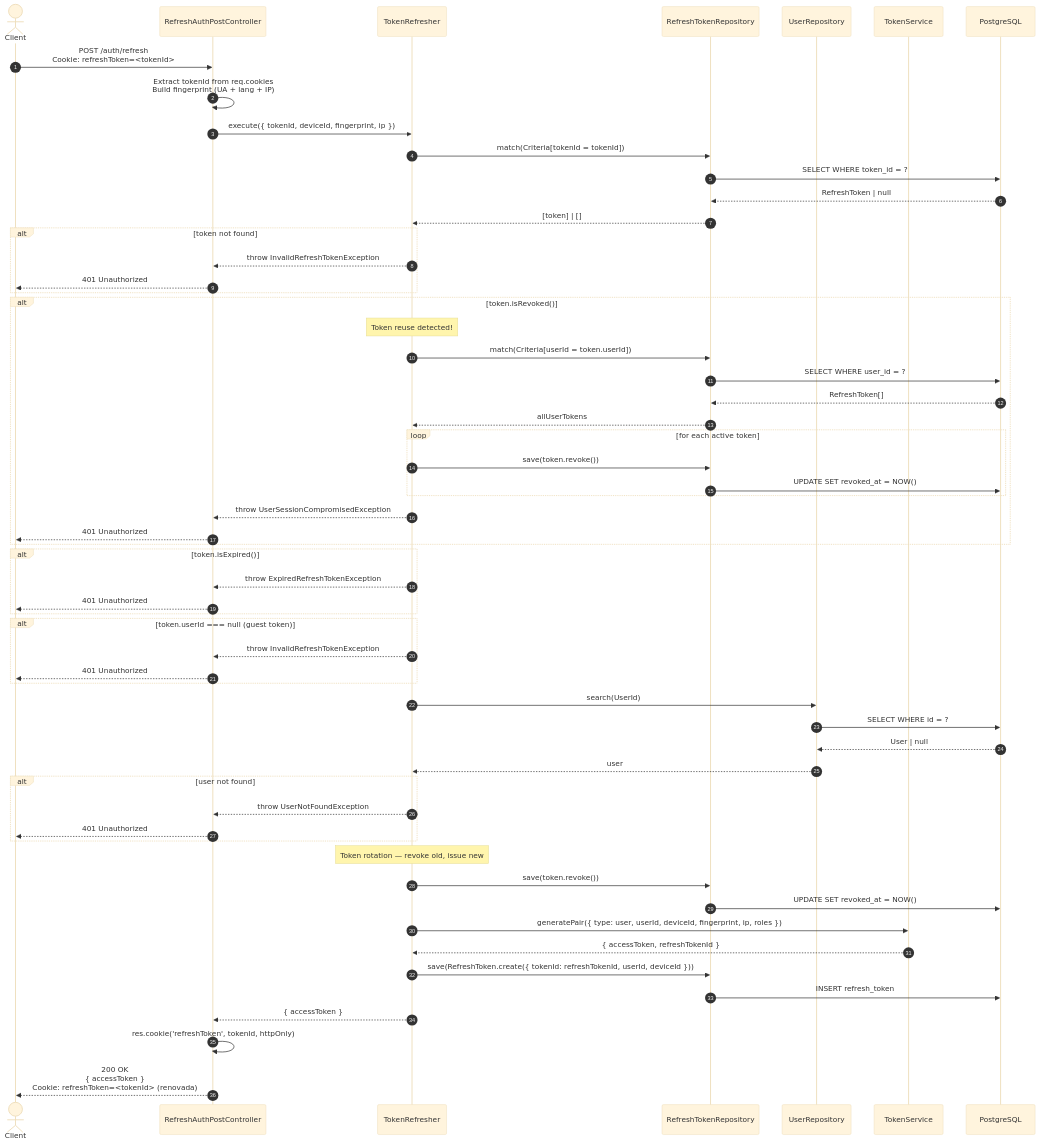
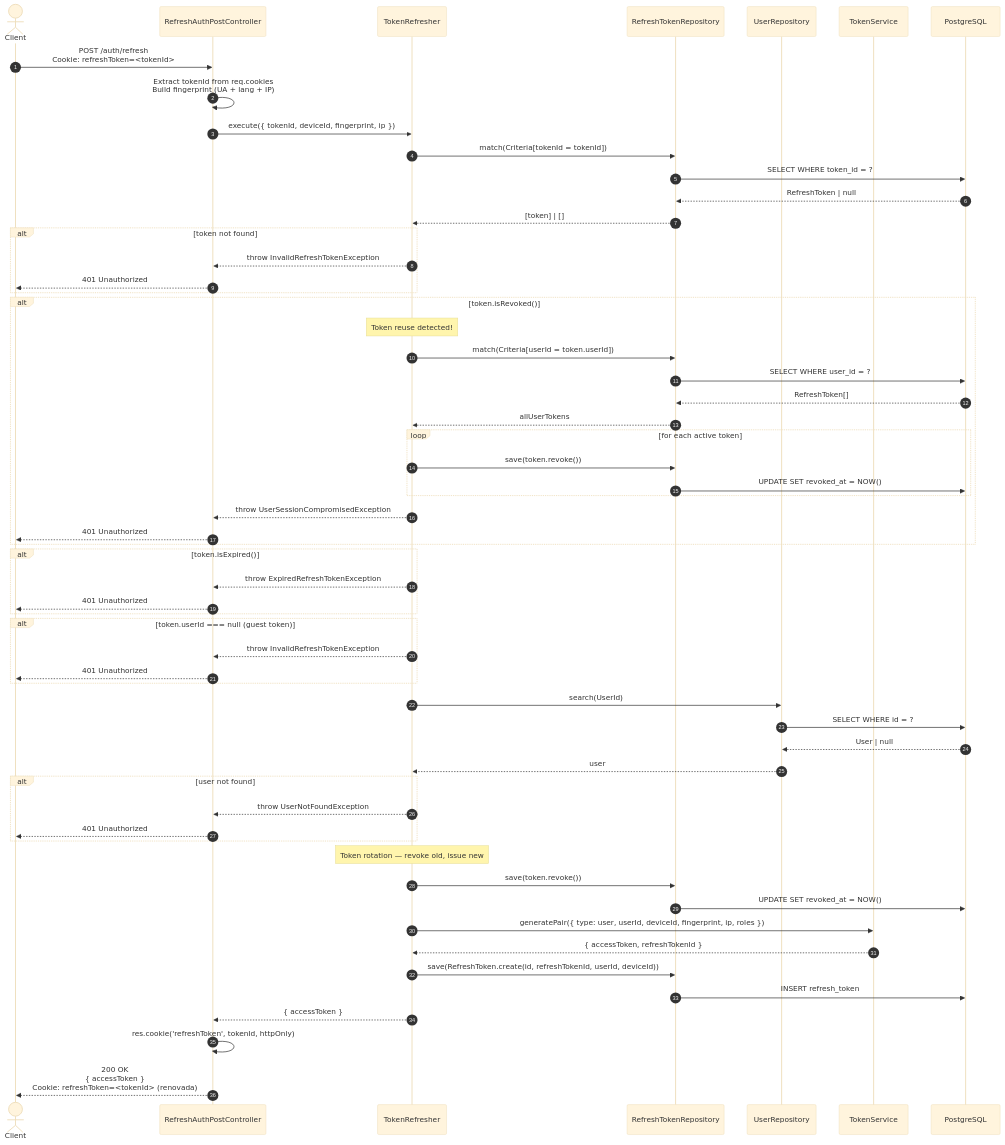
The diagram in docs/apps/api/identity/refresh/sequence.md (AbrahamVilchesDeLaCruz/ididntcatchthat), drawn with Mermaid (base theme) before and after one commit. The commit also changed 9 other files, not shown here.

````diff
--- a/docs/apps/api/identity/refresh/sequence.md
+++ b/docs/apps/api/identity/refresh/sequence.md
@@ -8,79 +8,79 @@
 ```mermaid
 sequenceDiagram
     autonumber
     actor Client
     participant Controller as RefreshAuthPostController
     participant UC as TokenRefresher
     participant RefreshRepo as RefreshTokenRepository
     participant UserRepo as UserRepository
     participant TokenSvc as TokenService
     participant DB as PostgreSQL
 
     Client->>Controller: POST /auth/refresh<br/>Cookie: refreshToken=<tokenId>
 
     Controller->>Controller: Extract tokenId from req.cookies<br/>Build fingerprint (UA + lang + IP)
 
     Controller->>UC: execute({ tokenId, deviceId, fingerprint, ip })
 
     UC->>RefreshRepo: match(Criteria[tokenId = tokenId])
     RefreshRepo->>DB: SELECT WHERE token_id = ?
     DB-->>RefreshRepo: RefreshToken | null
     RefreshRepo-->>UC: [token] | []
 
     alt token not found
         UC-->>Controller: throw InvalidRefreshTokenException
         Controller-->>Client: 401 Unauthorized
     end
 
     alt token.isRevoked()
         Note over UC: Token reuse detected!
         UC->>RefreshRepo: match(Criteria[userId = token.userId])
         RefreshRepo->>DB: SELECT WHERE user_id = ?
         DB-->>RefreshRepo: RefreshToken[]
         RefreshRepo-->>UC: allUserTokens
 
         loop for each active token
             UC->>RefreshRepo: save(token.revoke())
             RefreshRepo->>DB: UPDATE SET revoked_at = NOW()
         end
 
         UC-->>Controller: throw UserSessionCompromisedException
         Controller-->>Client: 401 Unauthorized
     end
 
     alt token.isExpired()
         UC-->>Controller: throw ExpiredRefreshTokenException
         Controller-->>Client: 401 Unauthorized
     end
 
     alt token.userId === null (guest token)
         UC-->>Controller: throw InvalidRefreshTokenException
         Controller-->>Client: 401 Unauthorized
     end
 
     UC->>UserRepo: search(UserId)
     UserRepo->>DB: SELECT WHERE id = ?
     DB-->>UserRepo: User | null
     UserRepo-->>UC: user
 
     alt user not found
         UC-->>Controller: throw UserNotFoundException
         Controller-->>Client: 401 Unauthorized
     end
 
     Note over UC: Token rotation — revoke old, issue new
 
     UC->>RefreshRepo: save(token.revoke())
     RefreshRepo->>DB: UPDATE SET revoked_at = NOW()
 
     UC->>TokenSvc: generatePair({ type: user, userId, deviceId, fingerprint, ip, roles })
     TokenSvc-->>UC: { accessToken, refreshTokenId }
 
-    UC->>RefreshRepo: save(RefreshToken.create({ tokenId: refreshTokenId, userId, deviceId }))
+    UC->>RefreshRepo: save(RefreshToken.create(id, refreshTokenId, userId, deviceId))
     RefreshRepo->>DB: INSERT refresh_token
 
     UC-->>Controller: { accessToken }
 
     Controller->>Controller: res.cookie('refreshToken', tokenId, httpOnly)
     Controller-->>Client: 200 OK<br/>{ accessToken }<br/>Cookie: refreshToken=<tokenId> (renovada)
 ```
````
